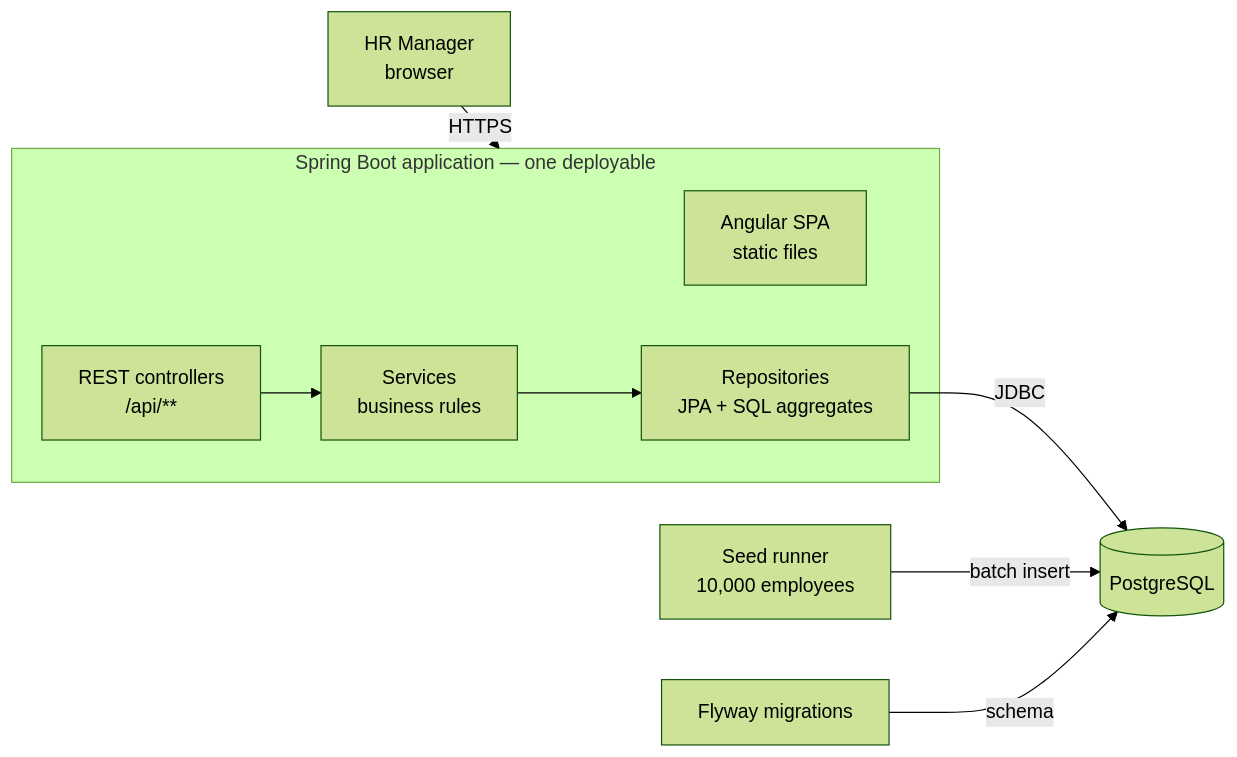
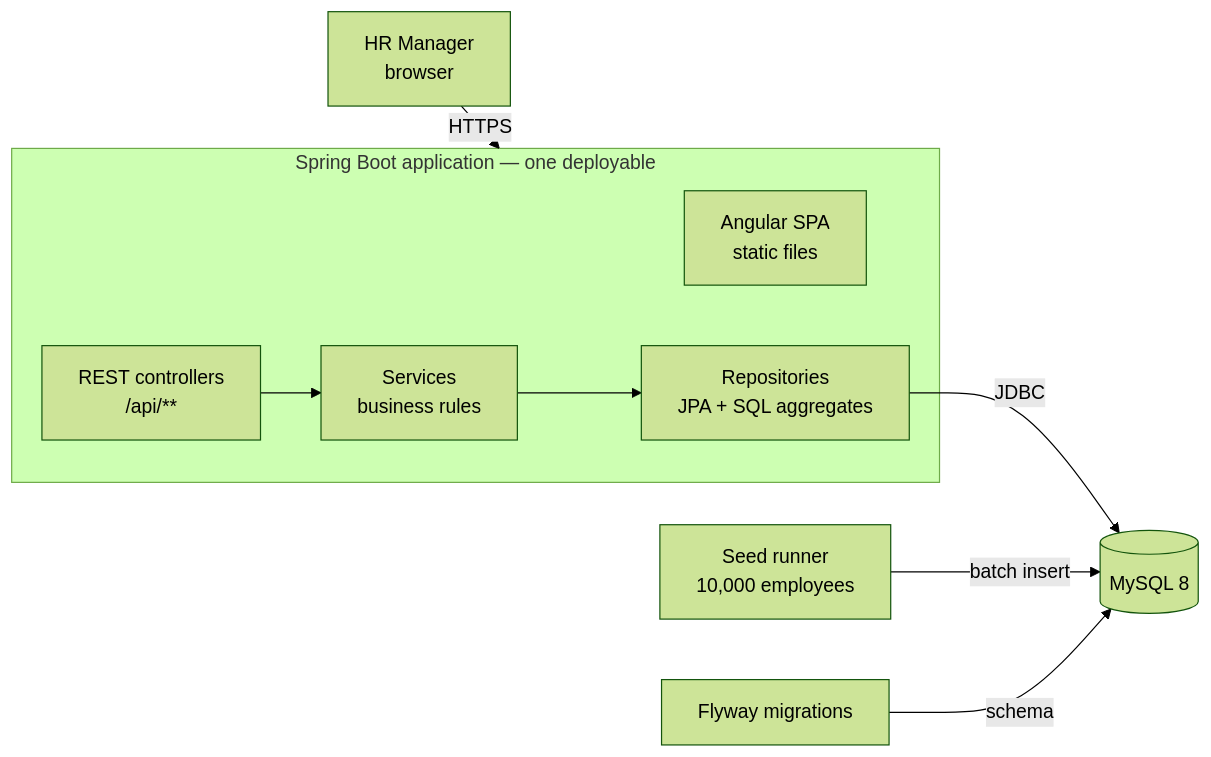
The first of 2 diagrams in docs/architecture.md (shubh96git/salary-management), drawn with Mermaid (forest theme) before and after one commit. The commit also changed other lines of this file and 6 other files, not shown here.

````diff
--- a/docs/architecture.md
+++ b/docs/architecture.md
@@ -9,16 +9,16 @@
 ```mermaid
 flowchart LR
     HR[HR Manager<br/>browser] -->|HTTPS| APP
 
     subgraph APP[Spring Boot application — one deployable]
         UI[Angular SPA<br/>static files]
         API[REST controllers<br/>/api/**]
         SVC[Services<br/>business rules]
         REPO[Repositories<br/>JPA + SQL aggregates]
         API --> SVC --> REPO
     end
 
-    REPO -->|JDBC| DB[(PostgreSQL)]
+    REPO -->|JDBC| DB[(MySQL 8)]
     SEED[Seed runner<br/>10,000 employees] -->|batch insert| DB
     FLY[Flyway migrations] -->|schema| DB
 ```
````
